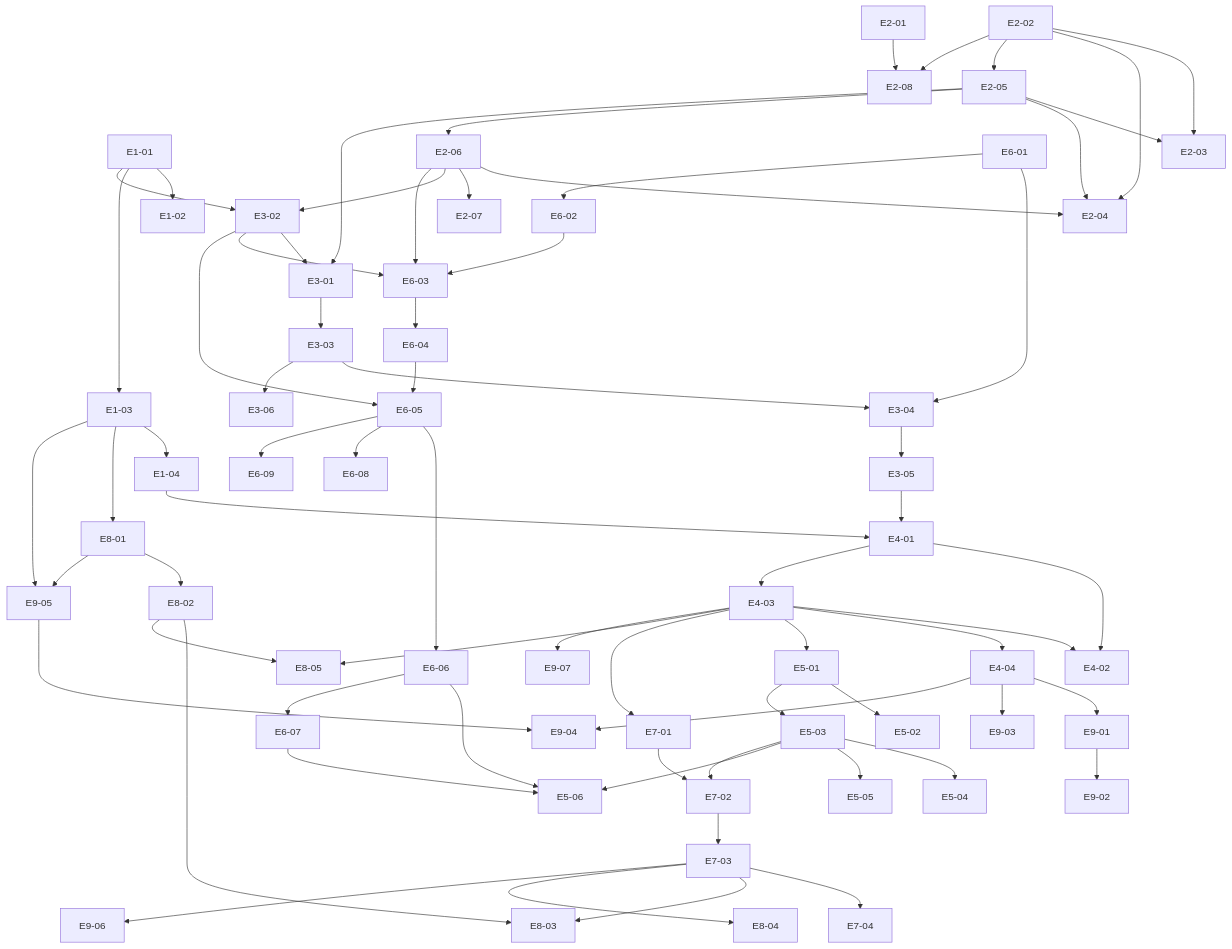
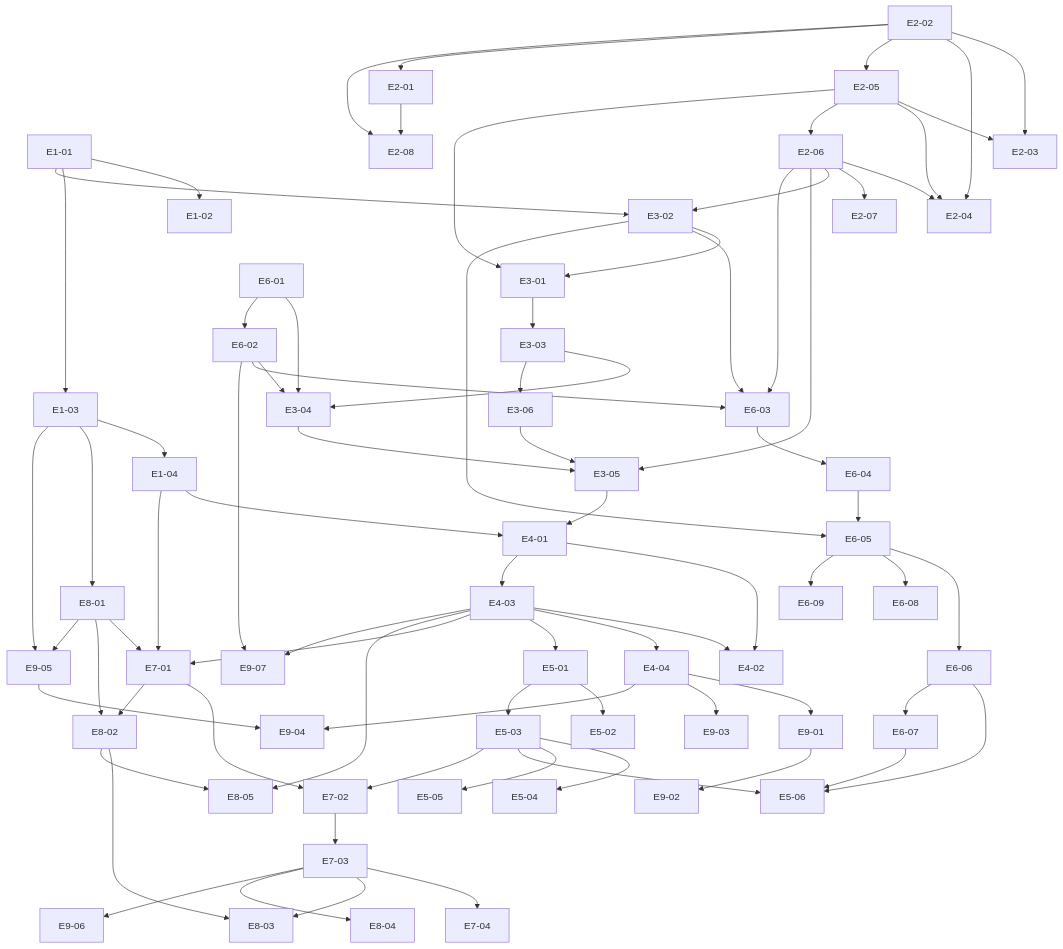
Before and after one commit to bacsystem/learning: the second of 2 diagrams in docs/stories/serums-ia/README.md, drawn with Mermaid. The commit also changed other lines of this file and 33 other files, not shown here.

````diff
--- a/docs/stories/serums-ia/README.md
+++ b/docs/stories/serums-ia/README.md
@@ -43,71 +44,79 @@
 ```mermaid
 flowchart TD
   E1-01 --> E1-02
   E1-01 --> E1-03
   E1-03 --> E1-04
   E2-02 --> E2-03
   E2-05 --> E2-03
   E2-02 --> E2-04
   E2-05 --> E2-04
   E2-06 --> E2-04
   E2-02 --> E2-05
   E2-05 --> E2-06
   E2-06 --> E2-07
+  E2-02 --> E2-01
   E2-01 --> E2-08
   E2-02 --> E2-08
   E3-02 --> E3-01
   E2-05 --> E3-01
   E1-01 --> E3-02
   E2-06 --> E3-02
   E3-01 --> E3-03
   E3-03 --> E3-04
   E6-01 --> E3-04
+  E6-02 --> E3-04
   E3-04 --> E3-05
+  E3-06 --> E3-05
+  E2-06 --> E3-05
   E3-03 --> E3-06
   E3-05 --> E4-01
   E1-04 --> E4-01
   E4-01 --> E4-02
   E4-03 --> E4-02
   E4-01 --> E4-03
   E4-03 --> E4-04
   E4-03 --> E5-01
   E5-01 --> E5-02
   E5-01 --> E5-03
   E5-03 --> E5-04
   E5-03 --> E5-05
   E5-03 --> E5-06
   E6-06 --> E5-06
   E6-07 --> E5-06
   E6-01 --> E6-02
   E6-02 --> E6-03
   E2-06 --> E6-03
   E3-02 --> E6-03
   E6-03 --> E6-04
   E6-04 --> E6-05
   E3-02 --> E6-05
   E6-05 --> E6-06
   E6-06 --> E6-07
   E6-05 --> E6-08
   E6-05 --> E6-09
   E4-03 --> E7-01
+  E1-04 --> E7-01
+  E8-01 --> E7-01
   E7-01 --> E7-02
   E5-03 --> E7-02
   E7-02 --> E7-03
   E7-03 --> E7-04
   E1-03 --> E8-01
   E8-01 --> E8-02
+  E7-01 --> E8-02
   E7-03 --> E8-03
   E8-02 --> E8-03
   E7-03 --> E8-04
   E8-02 --> E8-05
   E4-03 --> E8-05
   E4-04 --> E9-01
   E9-01 --> E9-02
   E4-04 --> E9-03
   E4-04 --> E9-04
   E9-05 --> E9-04
   E8-01 --> E9-05
   E1-03 --> E9-05
   E7-03 --> E9-06
   E4-03 --> E9-07
+  E6-02 --> E9-07
 ```
````
